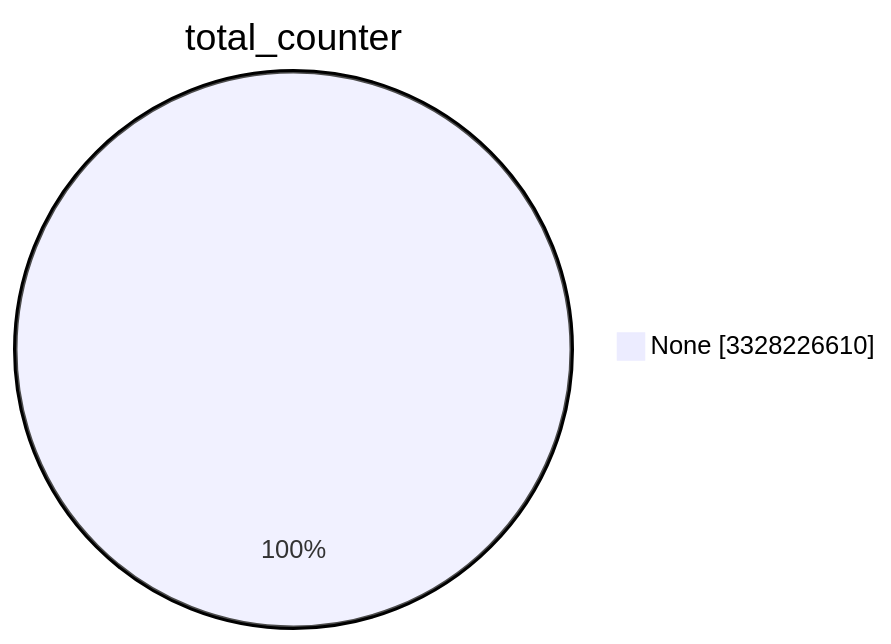
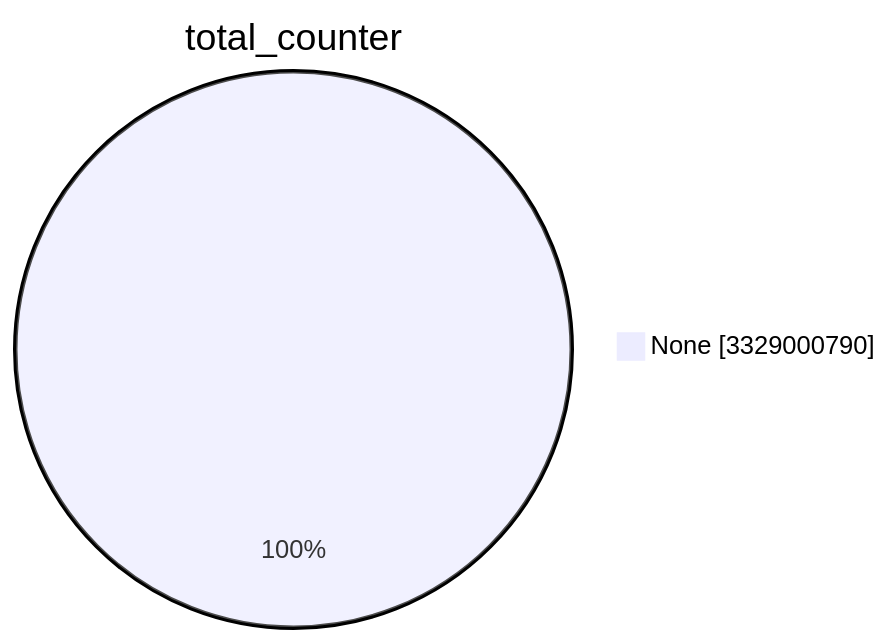
Before and after one commit to christiankrug/ctmonitor_visualization: the first of 15 diagrams in TOTAL/README.md, drawn with Mermaid. The commit also changed other lines of this file, not shown here.

````diff
--- a/TOTAL/README.md
+++ b/TOTAL/README.md
@@ -1,5 +1,5 @@
 ```mermaid
 pie showData
 title total_counter
-"None" :3328226610
+"None" :3329000790
 ```
````
